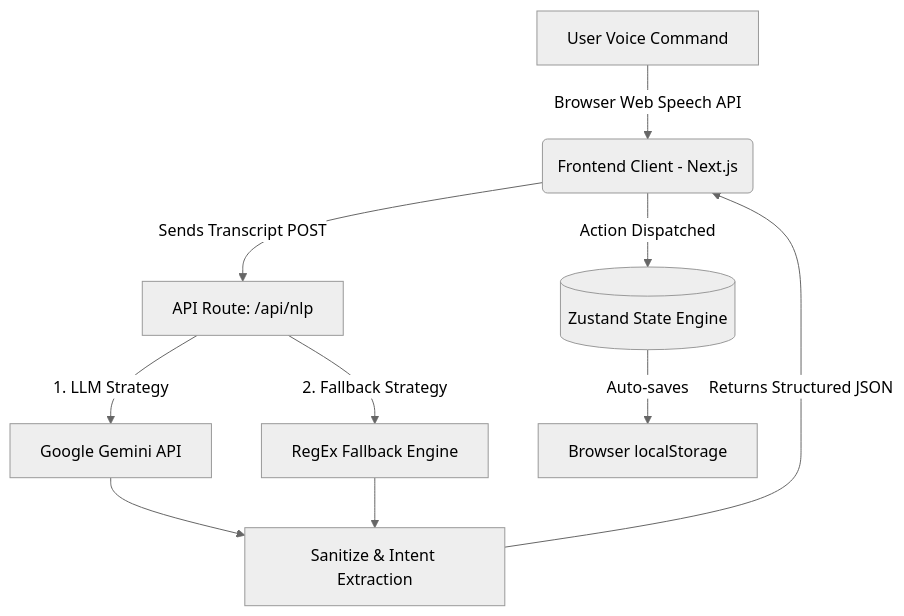
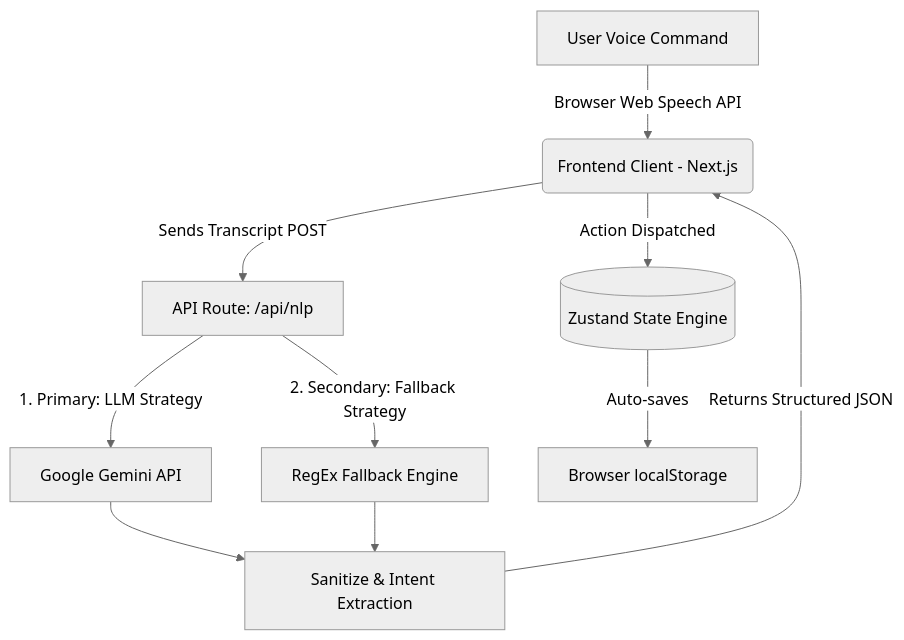
The diagram in README.md (Varora-24/Shop-Assist), drawn with Mermaid (neutral theme) before and after one commit. The commit also changed other lines of this file, not shown here.

````diff
--- a/README.md
+++ b/README.md
@@ -18,15 +18,15 @@
 ```mermaid
 graph TD
     A[User Voice Command] -->|Browser Web Speech API| B(Frontend Client - Next.js)
     B -->|Sends Transcript POST| C[API Route: /api/nlp]
     
-    C -->|1. LLM Strategy| D[Google Gemini API]
-    C -->|2. Fallback Strategy| E[RegEx Fallback Engine]
+    C -->|1. Primary: LLM Strategy| D[Google Gemini API]
+    C -->|2. Secondary: Fallback Strategy| E[RegEx Fallback Engine]
     
     D --> F[Sanitize & Intent Extraction]
     E --> F
     
     F -->|Returns Structured JSON| B
     B -->|Action Dispatched| G[(Zustand State Engine)]
     G -->|Auto-saves| H[Browser localStorage]
 ```
````
